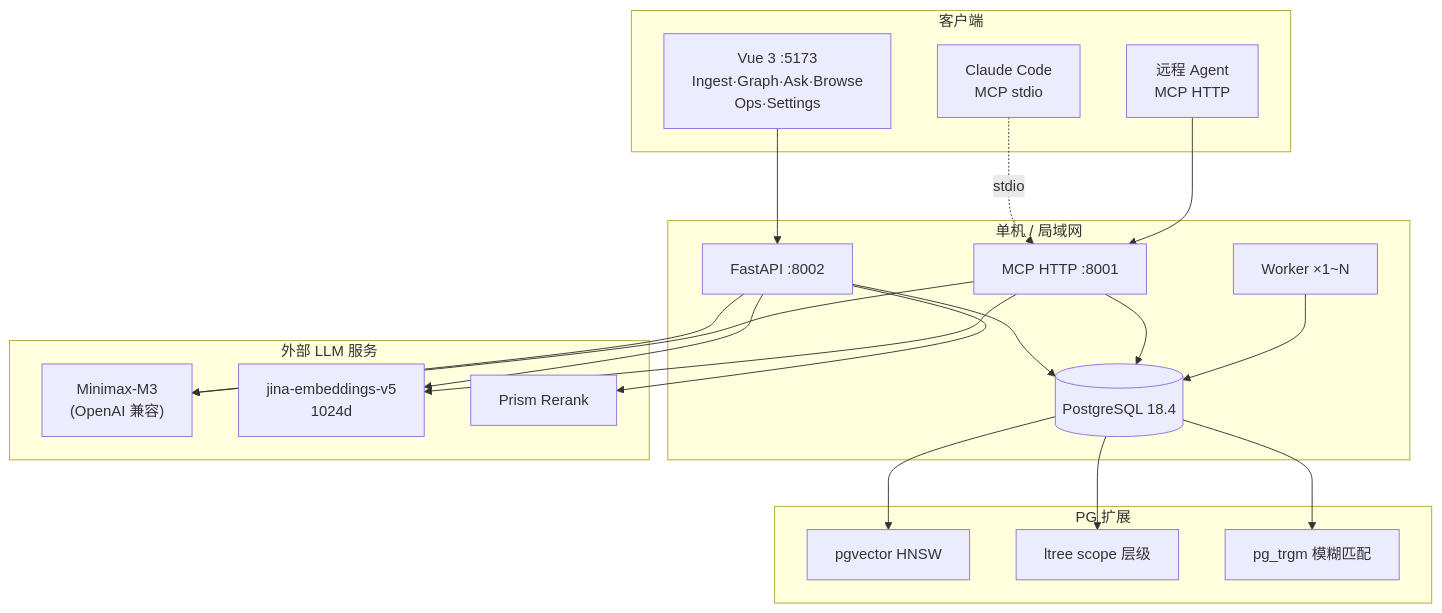
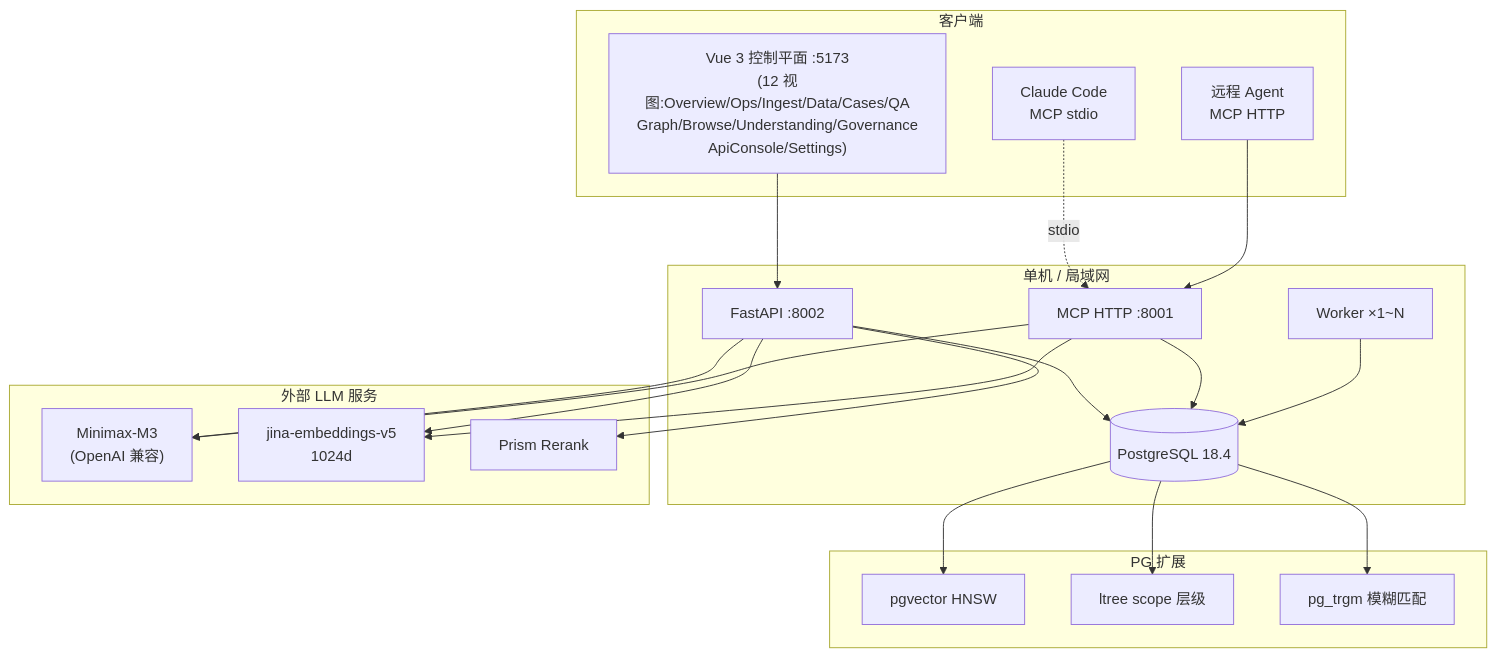
One commit to pty819/cortex-py-book changed the sixth of 11 diagrams in source/chapters/23-architecture-diagrams.md. Above: the diagram before and after it, drawn with Mermaid. The commit also changed other lines of this file and 16 other files, not shown here.

````diff
--- a/source/chapters/23-architecture-diagrams.md
+++ b/source/chapters/23-architecture-diagrams.md
@@ -334,44 +334,44 @@
 ```{mermaid}
 graph TB
     subgraph host ["单机 / 局域网"]
         API["FastAPI :8002"]
         MCP["MCP HTTP :8001"]
         WK["Worker ×1~N"]
         PG[("PostgreSQL 18.4")]
     end
 
     subgraph ext ["外部 LLM 服务"]
         LLM["Minimax-M3<br/>(OpenAI 兼容)"]
         EMB["jina-embeddings-v5<br/>1024d"]
         RR["Prism Rerank"]
     end
 
     subgraph client ["客户端"]
-        VUE["Vue 3 :5173<br/>Ingest·Graph·Ask·Browse<br/>Ops·Settings"]
+        VUE["Vue 3 控制平面 :5173<br/>(12 视图:Overview/Ops/Ingest/Data/Cases/QA<br/>Graph/Browse/Understanding/Governance<br/>ApiConsole/Settings)"]
         CC["Claude Code<br/>MCP stdio"]
         RA["远程 Agent<br/>MCP HTTP"]
     end
 
     VUE --> API
     CC -.->|stdio| MCP
     RA --> MCP
 
     API --> LLM
     API --> EMB
     API --> RR
     MCP --> LLM
     MCP --> EMB
 
     API --> PG
     MCP --> PG
     WK --> PG
 
     subgraph pgext ["PG 扩展"]
         HNSW["pgvector HNSW"]
         LTREE["ltree scope 层级"]
         TRGM["pg_trgm 模糊匹配"]
     end
     PG --> HNSW
     PG --> LTREE
     PG --> TRGM
 ```
````
